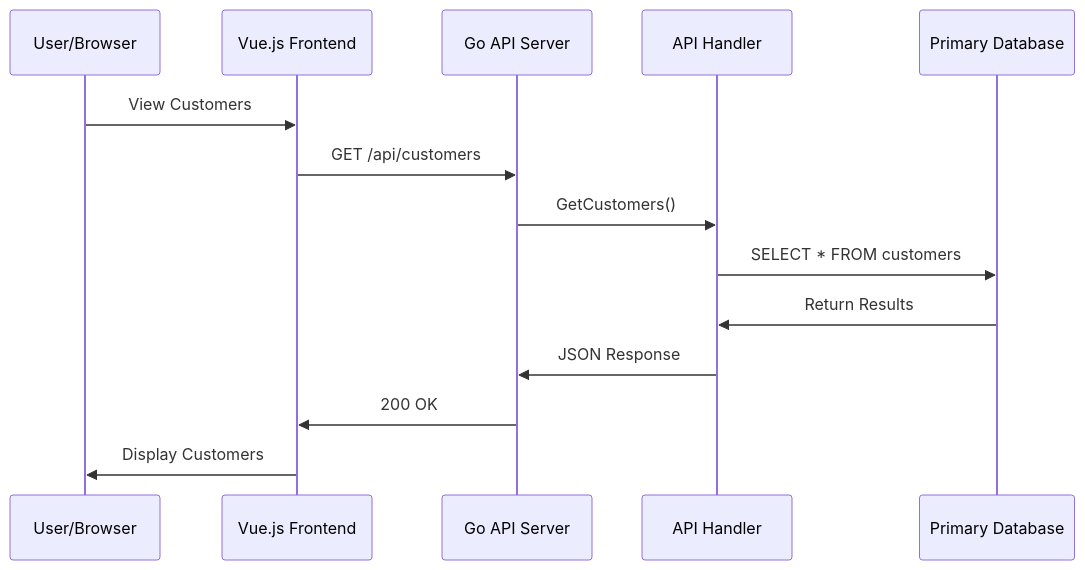
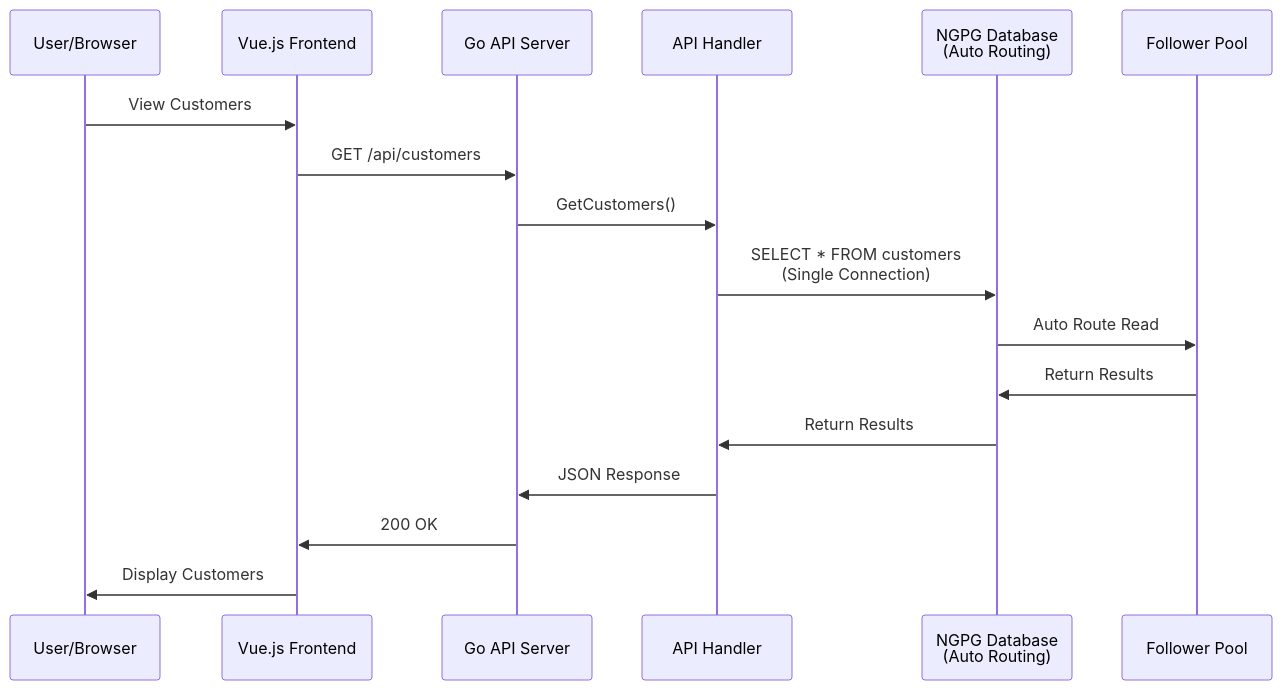
Before and after one commit to heroku-examples/saas-go-app: the ninth of 18 diagrams in ARCHITECTURE.md, drawn with Mermaid. The commit also changed other lines of this file, not shown here.

````diff
--- a/ARCHITECTURE.md
+++ b/ARCHITECTURE.md
@@ -345,17 +419,20 @@
 ```mermaid
 sequenceDiagram
     participant User as User/Browser
     participant Frontend as Vue.js Frontend
     participant API as Go API Server
     participant Handler as API Handler
-    participant PrimaryDB as Primary Database
+    participant NGPG as NGPG Database<br/>(Auto Routing)
+    participant Follower as Follower Pool
     
     User->>Frontend: View Customers
     Frontend->>API: GET /api/customers
     API->>Handler: GetCustomers()
-    Handler->>PrimaryDB: SELECT * FROM customers
-    PrimaryDB->>Handler: Return Results
+    Handler->>NGPG: SELECT * FROM customers<br/>(Single Connection)
+    NGPG->>Follower: Auto Route Read
+    Follower->>NGPG: Return Results
+    NGPG->>Handler: Return Results
     Handler->>API: JSON Response
     API->>Frontend: 200 OK
     Frontend->>User: Display Customers
 ```
````
